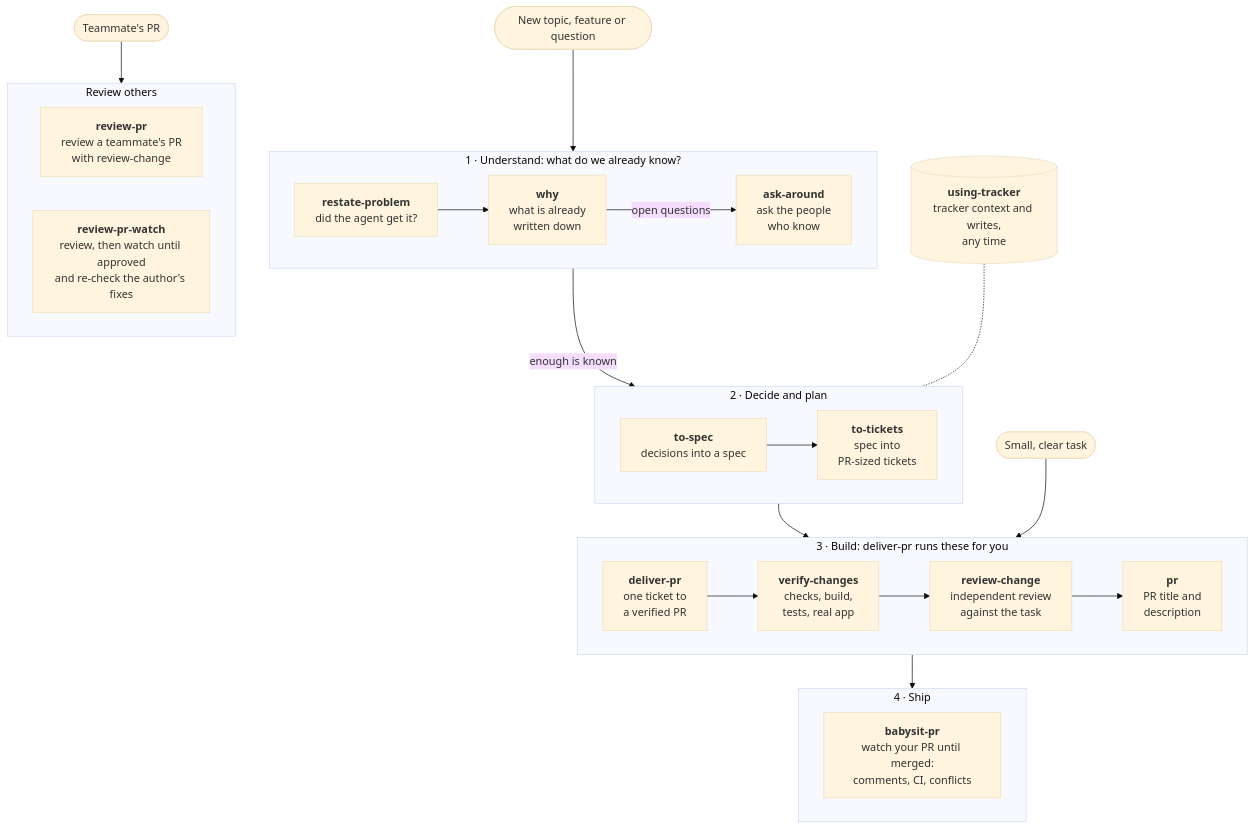
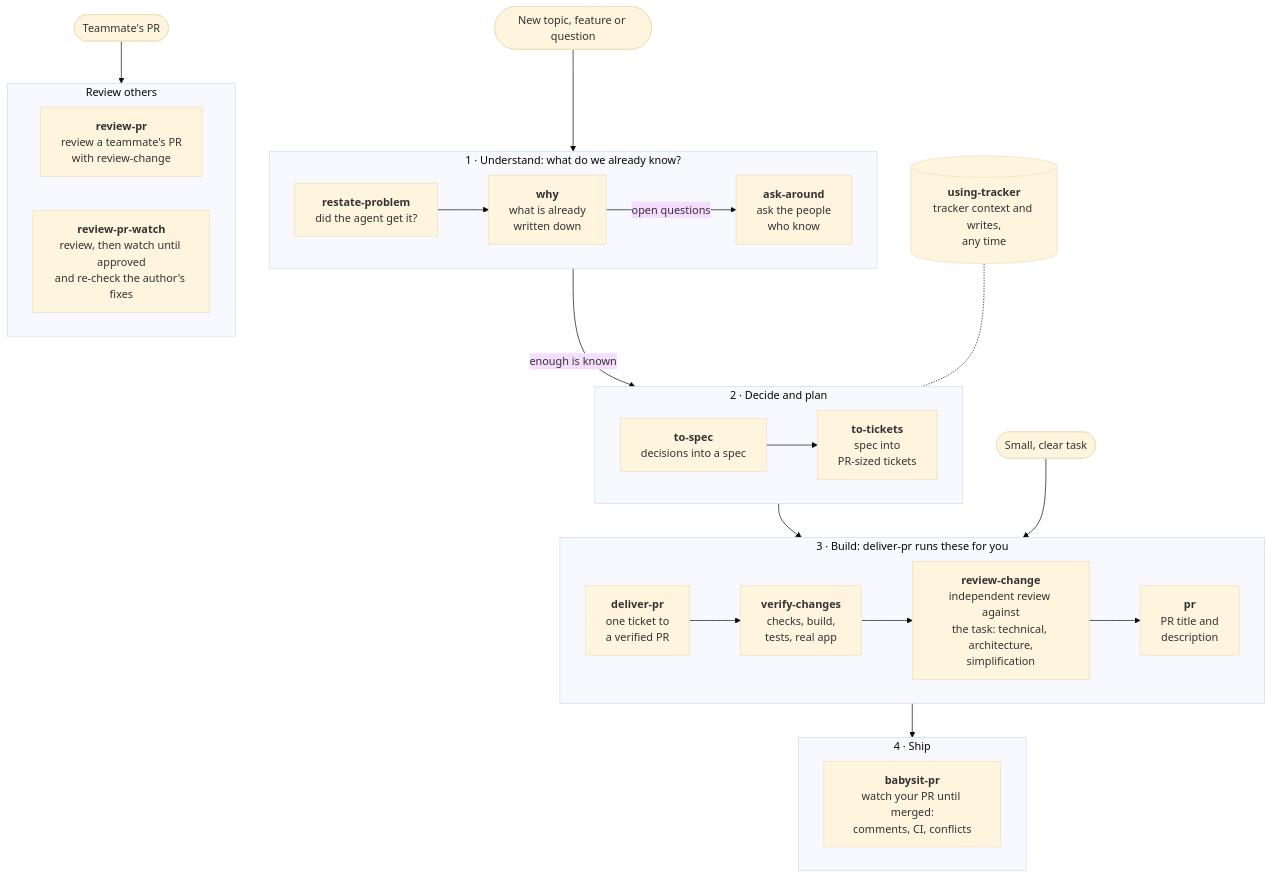
The diagram in README.md (k0siara/skills), drawn with Mermaid (base theme) before and after one commit. The commit also changed other lines of this file and 8 other files, not shown here.

Commit message:
feat: add independent skeptical simplification review (#46)

````diff
--- a/README.md
+++ b/README.md
@@ -17,49 +17,49 @@
 ```mermaid
 flowchart TD
     start([New topic, feature or question])
     small([Small, clear task])
     theirs([Teammate's PR])
 
     subgraph understand["1 · Understand: what do we already know?"]
         direction LR
         restate["<b>restate-problem</b><br/>did the agent get it?"]
         why["<b>why</b><br/>what is already<br/>written down"]
         ask["<b>ask-around</b><br/>ask the people<br/>who know"]
         restate --> why -- "open questions" --> ask
     end
 
     subgraph decide["2 · Decide and plan"]
         direction LR
         spec["<b>to-spec</b><br/>decisions into a spec"]
         tickets["<b>to-tickets</b><br/>spec into<br/>PR-sized tickets"]
         spec --> tickets
     end
 
     subgraph build["3 · Build: deliver-pr runs these for you"]
         direction LR
         deliver["<b>deliver-pr</b><br/>one ticket to<br/>a verified PR"]
         verify["<b>verify-changes</b><br/>checks, build,<br/>tests, real app"]
-        rc["<b>review-change</b><br/>independent review<br/>against the task"]
+        rc["<b>review-change</b><br/>independent review against<br/>the task: technical, architecture,<br/>simplification"]
         pr["<b>pr</b><br/>PR title and<br/>description"]
         deliver --> verify --> rc --> pr
     end
 
     subgraph ship["4 · Ship"]
         babysit["<b>babysit-pr</b><br/>watch your PR until merged:<br/>comments, CI, conflicts"]
     end
 
     subgraph others["Review others"]
         reviewpr["<b>review-pr</b><br/>review a teammate's PR<br/>with review-change"]
         reviewwatch["<b>review-pr-watch</b><br/>review, then watch until approved<br/>and re-check the author's fixes"]
     end
 
     tracker[("<b>using-tracker</b><br/>tracker context and writes,<br/>any time")]
 
     start --> understand
     understand -- "enough is known" --> decide
     decide --> build
     small --> build
     build --> ship
     theirs --> others
     tracker -.- decide
 ```
````
